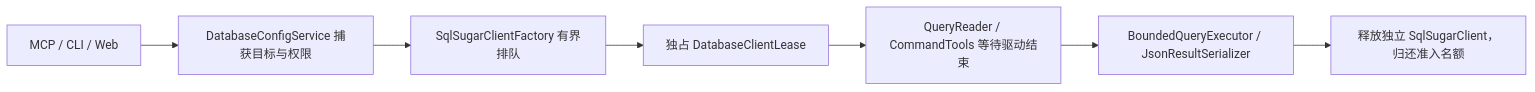
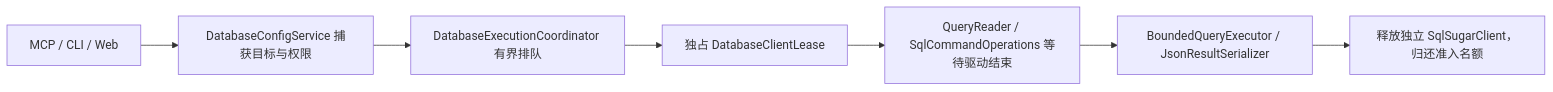
One commit to ttcc666/DatabaseMcpServer changed the diagram in Doc/execution-optimization.md. Above: the diagram before and after it, drawn with Mermaid. The commit also changed 286 other files, not shown here.

First line of the commit message:
feat!: release 4.0.0 with modular database architecture

````diff
--- a/Doc/execution-optimization.md
+++ b/Doc/execution-optimization.md
@@ -7,9 +7,9 @@
 ```mermaid
 flowchart LR
   A["MCP / CLI / Web"] --> B["DatabaseConfigService 捕获目标与权限"]
-  B --> C["SqlSugarClientFactory 有界排队"]
+  B --> C["DatabaseExecutionCoordinator 有界排队"]
   C --> D["独占 DatabaseClientLease"]
-  D --> E["QueryReader / CommandTools 等待驱动结束"]
+  D --> E["QueryReader / SqlCommandOperations 等待驱动结束"]
   E --> F["BoundedQueryExecutor / JsonResultSerializer"]
   F --> G["释放独立 SqlSugarClient，归还准入名额"]
 ```
````
